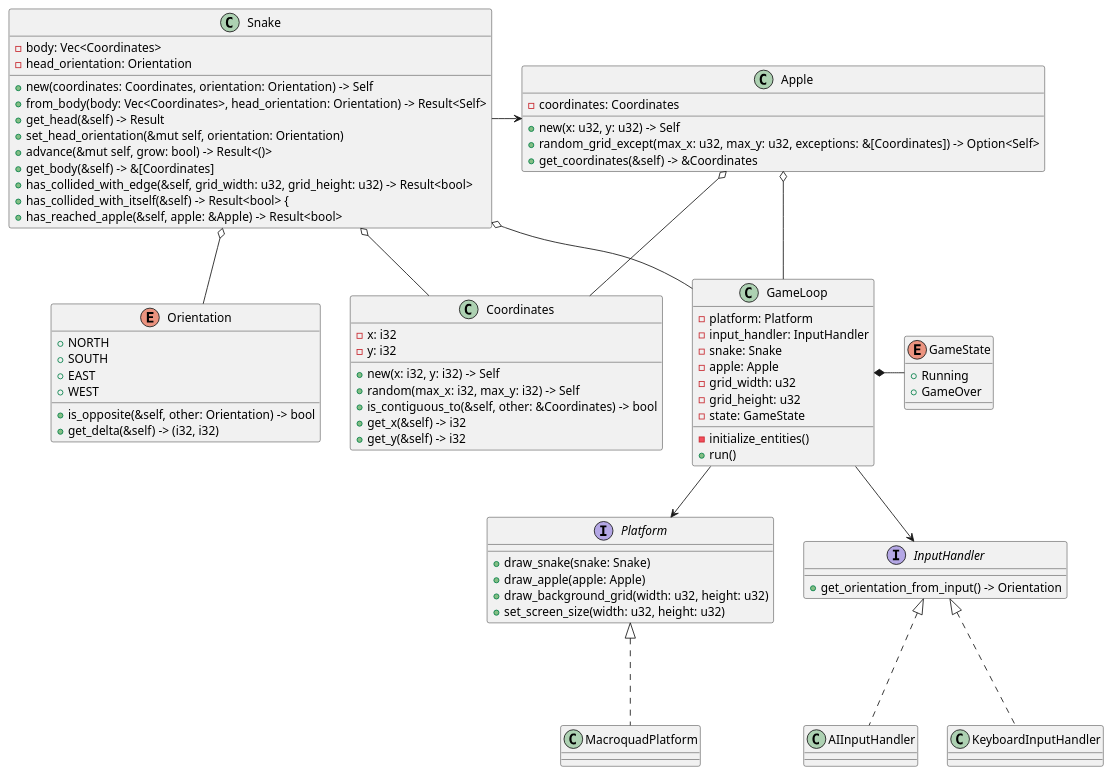
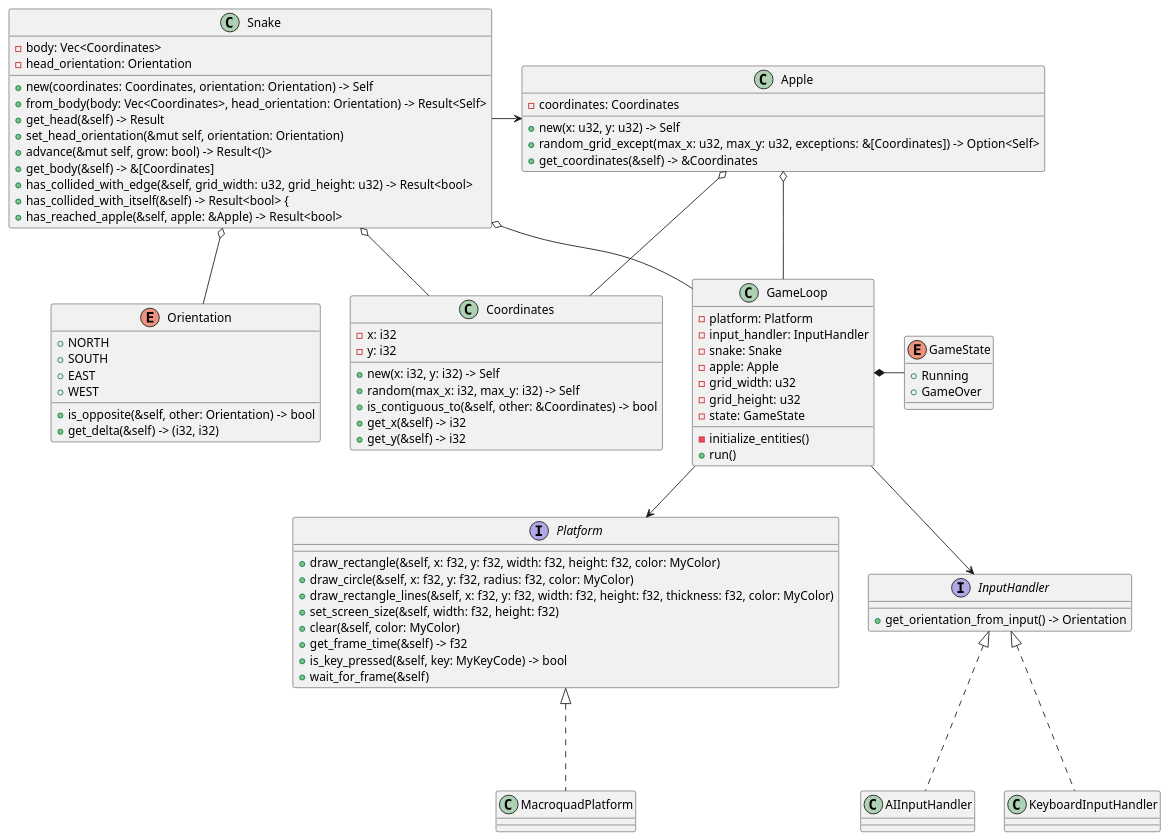
Before and after one commit to jmihali/snake-rust: the diagram in docs/diagrams/src/class_diagram.wsd, drawn with PlantUML.

Commit message:
docs: update class diagram

```diff
--- a/docs/diagrams/src/class_diagram.wsd
+++ b/docs/diagrams/src/class_diagram.wsd
@@ -1,89 +1,93 @@
 @startuml joan
 
 Class Snake {
 - body: Vec<Coordinates>
 - head_orientation: Orientation
 + new(coordinates: Coordinates, orientation: Orientation) -> Self
 + from_body(body: Vec<Coordinates>, head_orientation: Orientation) -> Result<Self>
 + get_head(&self) -> Result<&Coordinates>
 + set_head_orientation(&mut self, orientation: Orientation) 
 + advance(&mut self, grow: bool) -> Result<()>
 + get_body(&self) -> &[Coordinates]
 + has_collided_with_edge(&self, grid_width: u32, grid_height: u32) -> Result<bool>
 + has_collided_with_itself(&self) -> Result<bool> {
 + has_reached_apple(&self, apple: &Apple) -> Result<bool>
 }
 
 Class Apple {
 - coordinates: Coordinates
 + new(x: u32, y: u32) -> Self
 + random_grid_except(max_x: u32, max_y: u32, exceptions: &[Coordinates]) -> Option<Self>
 + get_coordinates(&self) -> &Coordinates
 }
 
 Class Coordinates {
 - x: i32
 - y: i32
 + new(x: i32, y: i32) -> Self
 + random(max_x: i32, max_y: i32) -> Self
 + is_contiguous_to(&self, other: &Coordinates) -> bool
 + get_x(&self) -> i32
 + get_y(&self) -> i32
 }
 
 Enum Orientation {
     + NORTH
     + SOUTH
     + EAST
     + WEST
     + is_opposite(&self, other: Orientation) -> bool
     + get_delta(&self) -> (i32, i32)
 }
 
 Class GameLoop {
 - platform: Platform
 - input_handler: InputHandler
 - snake: Snake
 - apple: Apple
 - grid_width: u32
 - grid_height: u32
 - state: GameState
 - initialize_entities()
 + run()
 }
 
 Enum GameState {
     + Running
     + GameOver
 }
 
 Interface Platform {
-+ draw_snake(snake: Snake)
-+ draw_apple(apple: Apple)
-+ draw_background_grid(width: u32, height: u32)
-+ set_screen_size(width: u32, height: u32)
++ draw_rectangle(&self, x: f32, y: f32, width: f32, height: f32, color: MyColor)
++ draw_circle(&self, x: f32, y: f32, radius: f32, color: MyColor)
++ draw_rectangle_lines(&self, x: f32, y: f32, width: f32, height: f32, thickness: f32, color: MyColor)
++ set_screen_size(&self, width: f32, height: f32)
++ clear(&self, color: MyColor)
++ get_frame_time(&self) -> f32
++ is_key_pressed(&self, key: MyKeyCode) -> bool
++ wait_for_frame(&self)
 }
 
 Interface InputHandler {
 + get_orientation_from_input() -> Orientation
 }
 
 Snake -> Apple
 Snake o-- Coordinates
 Snake o-- Orientation
 Apple o- Coordinates
 
 GameLoop -up-o Snake
 GameLoop -up-o Apple
 
 GameLoop -down-> Platform
 GameLoop -down-> InputHandler
 
 GameLoop *-right- GameState
 Platform -right[hidden]- InputHandler
 
 MacroquadPlatform -up..|> Platform
 KeyboardInputHandler -up..|> InputHandler
 AIInputHandler -up..|> InputHandler
 
 @enduml
```
